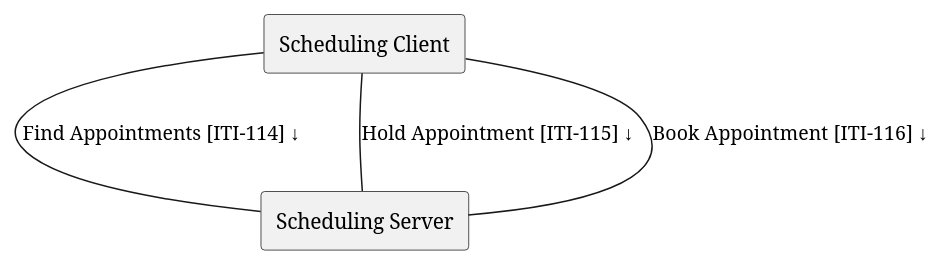
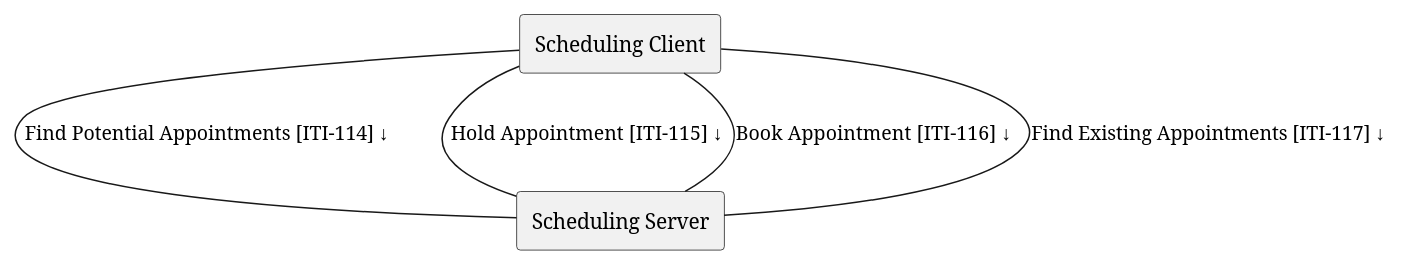
One commit to IHE/ITI.Scheduling changed the diagram in input/images-source/ActorsAndTransactions.plantuml. Above: the diagram before and after it, drawn with PlantUML. The commit also changed 7 other files, not shown here.

```diff
--- a/input/images-source/ActorsAndTransactions.plantuml
+++ b/input/images-source/ActorsAndTransactions.plantuml
@@ -1,7 +1,8 @@
 @startuml ActorsAndTransactions
 agent "Scheduling Client" as Client
 agent "Scheduling Server" as Server
-Client -- Server : "Find Appointments [ITI-114] ↓"
+Client -- Server : "Find Potential Appointments [ITI-114] ↓"
 Client -- Server : "Hold Appointment [ITI-115] ↓"
 Client -- Server : "Book Appointment [ITI-116] ↓"
+Client -- Server : "Find Existing Appointments [ITI-117] ↓"
 @enduml
```
